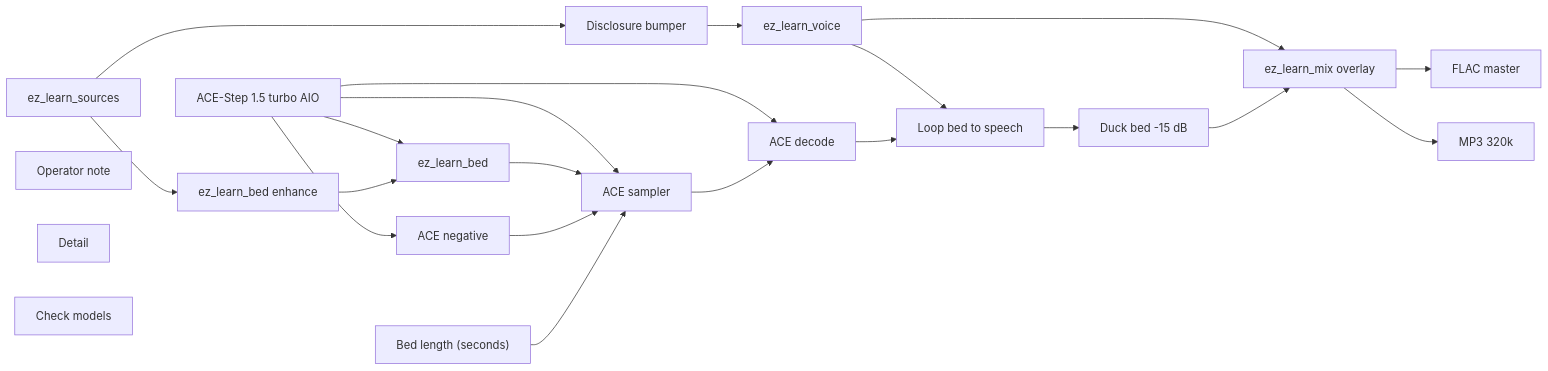
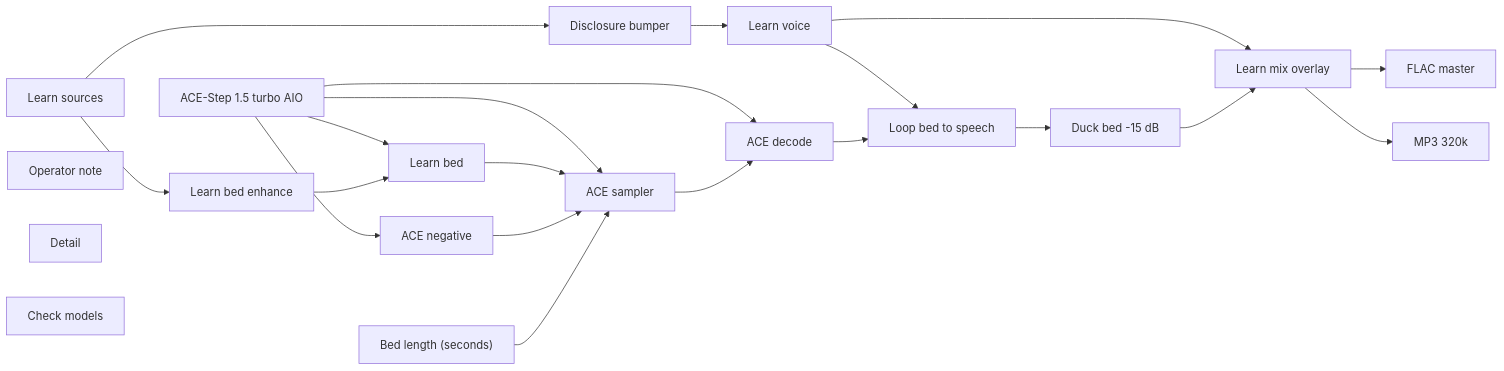
The diagram in docs/generated/workflows/audio/podcast/learn-episode.md (toxicoder/ez-comfy-stack), drawn with Mermaid before and after one commit. The commit also changed other lines of this file and 13 other files, not shown here.

First line of the commit message:
fix: keep graph slugs off the podcast and dub canvas

````diff
--- a/docs/generated/workflows/audio/podcast/learn-episode.md
+++ b/docs/generated/workflows/audio/podcast/learn-episode.md
@@ -59,40 +59,40 @@
 ```mermaid
 flowchart LR
   N1["ACE-Step 1.5 turbo AIO"]
-  N2["ez_learn_sources"]
+  N2["Learn sources"]
   N3["Disclosure bumper"]
-  N4["ez_learn_voice"]
-  N5["ez_learn_bed"]
+  N4["Learn voice"]
+  N5["Learn bed"]
   N6["ACE negative"]
   N7["Bed length (seconds)"]
   N8["ACE sampler"]
   N9["ACE decode"]
   N10["Loop bed to speech"]
   N11["Duck bed -15 dB"]
-  N12["ez_learn_mix overlay"]
+  N12["Learn mix overlay"]
   N13["FLAC master"]
   N14["MP3 320k"]
   N15["Operator note"]
-  N16["ez_learn_bed enhance"]
+  N16["Learn bed enhance"]
   N17["Detail"]
   N18["Check models"]
   N1 --> N8
   N1 --> N5
   N1 --> N6
   N1 --> N9
   N2 --> N16
   N2 --> N3
   N3 --> N4
   N4 --> N10
   N4 --> N12
   N5 --> N8
   N6 --> N8
   N7 --> N8
   N8 --> N9
   N9 --> N10
   N10 --> N11
   N11 --> N12
   N12 --> N13
   N12 --> N14
   N16 --> N5
 ```
````
